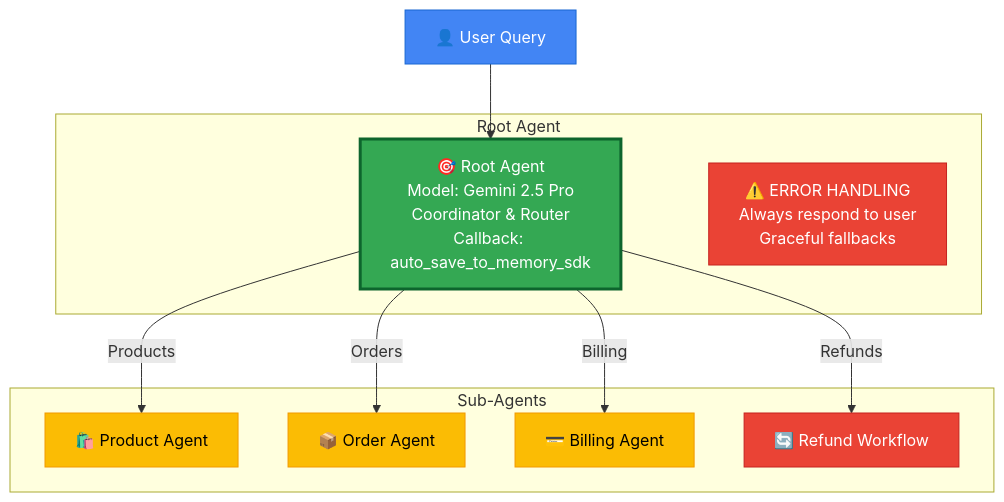
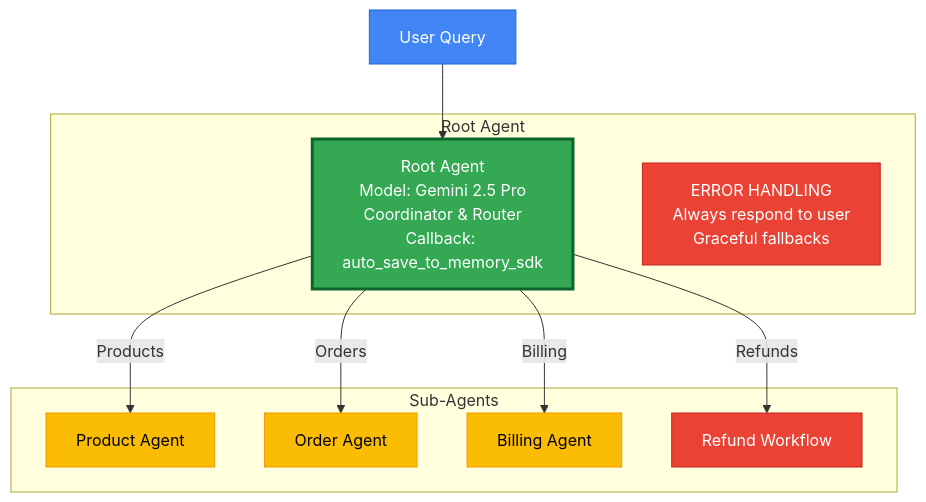
Before and after one commit to Saoussen-CH/customer-support-mas-ai: the third of 6 diagrams in docs/ARCHITECTURE.md, drawn with Mermaid. The commit also changed other lines of this file and 19 other files, not shown here.

````diff
--- a/docs/ARCHITECTURE.md
+++ b/docs/ARCHITECTURE.md
@@ -119,28 +119,28 @@
 ```mermaid
 graph TB
     subgraph "Root Agent"
-        Agent[🎯 Root Agent<br/>Model: Gemini 2.5 Pro<br/>Coordinator & Router<br/>Callback: auto_save_to_memory_sdk]
-        ErrorHandling[⚠️ ERROR HANDLING<br/>Always respond to user<br/>Graceful fallbacks]
+        Agent[Root Agent<br/>Model: Gemini 2.5 Pro<br/>Coordinator & Router<br/>Callback: auto_save_to_memory_sdk]
+        ErrorHandling[ERROR HANDLING<br/>Always respond to user<br/>Graceful fallbacks]
     end
 
     subgraph "Sub-Agents"
-        Product[🛍️ Product Agent]
-        Order[📦 Order Agent]
-        Billing[💳 Billing Agent]
-        Refund[🔄 Refund Workflow]
+        Product[Product Agent]
+        Order[Order Agent]
+        Billing[Billing Agent]
+        Refund[Refund Workflow]
     end
 
-    User[👤 User Query] --> Agent
+    User[User Query] --> Agent
     Agent -->|Products| Product
     Agent -->|Orders| Order
     Agent -->|Billing| Billing
     Agent -->|Refunds| Refund
 
     style User fill:#4285F4,stroke:#1967D2,color:#fff
     style Agent fill:#34A853,stroke:#0D652D,color:#fff,stroke-width:3px
     style ErrorHandling fill:#EA4335,stroke:#C5221F,color:#fff
     style Product fill:#FBBC04,stroke:#F29900,color:#000
     style Order fill:#FBBC04,stroke:#F29900,color:#000
     style Billing fill:#FBBC04,stroke:#F29900,color:#000
     style Refund fill:#EA4335,stroke:#C5221F,color:#fff
 ```
````
